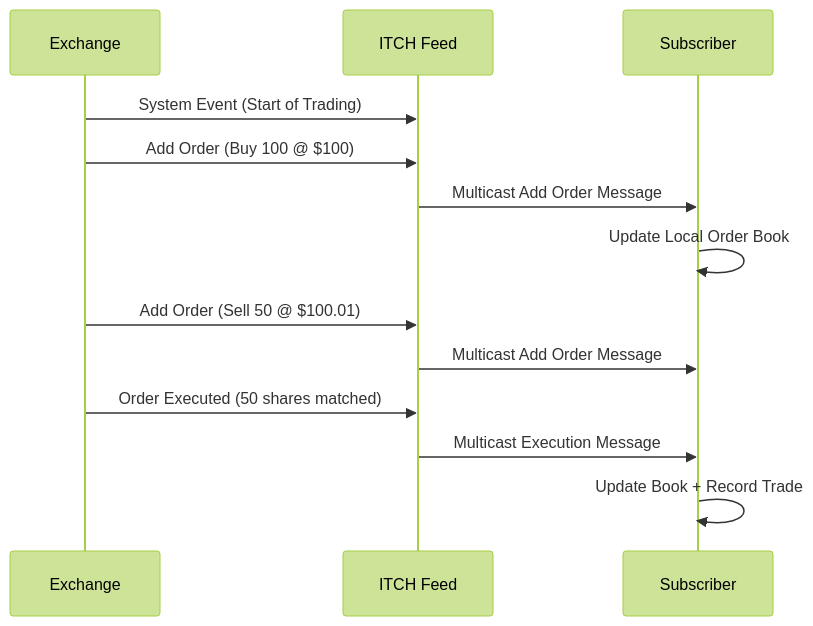
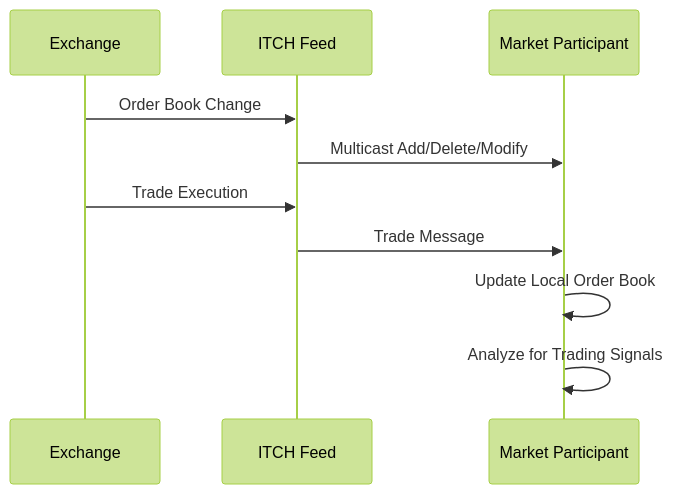
The diagram in trading/protocols/itch-protocol/README.md (VrushankPatel/interview-matters), drawn with Mermaid (forest theme) before and after one commit. The commit also changed other lines of this file and 15 other files, not shown here.

````diff
--- a/trading/protocols/itch-protocol/README.md
+++ b/trading/protocols/itch-protocol/README.md
@@ -91,16 +90,13 @@
 ```mermaid
 sequenceDiagram
     participant Exchange
     participant ITCH Feed
-    participant Subscriber
+    participant Market Participant
 
-    Exchange->>ITCH Feed: System Event (Start of Trading)
-    Exchange->>ITCH Feed: Add Order (Buy 100 @ $100)
-    ITCH Feed->>Subscriber: Multicast Add Order Message
-    Subscriber->>Subscriber: Update Local Order Book
-    Exchange->>ITCH Feed: Add Order (Sell 50 @ $100.01)
-    ITCH Feed->>Subscriber: Multicast Add Order Message
-    Exchange->>ITCH Feed: Order Executed (50 shares matched)
-    ITCH Feed->>Subscriber: Multicast Execution Message
-    Subscriber->>Subscriber: Update Book + Record Trade
+    Exchange->>ITCH Feed: Order Book Change
+    ITCH Feed->>Market Participant: Multicast Add/Delete/Modify
+    Exchange->>ITCH Feed: Trade Execution
+    ITCH Feed->>Market Participant: Trade Message
+    Market Participant->>Market Participant: Update Local Order Book
+    Market Participant->>Market Participant: Analyze for Trading Signals
 ```
````
